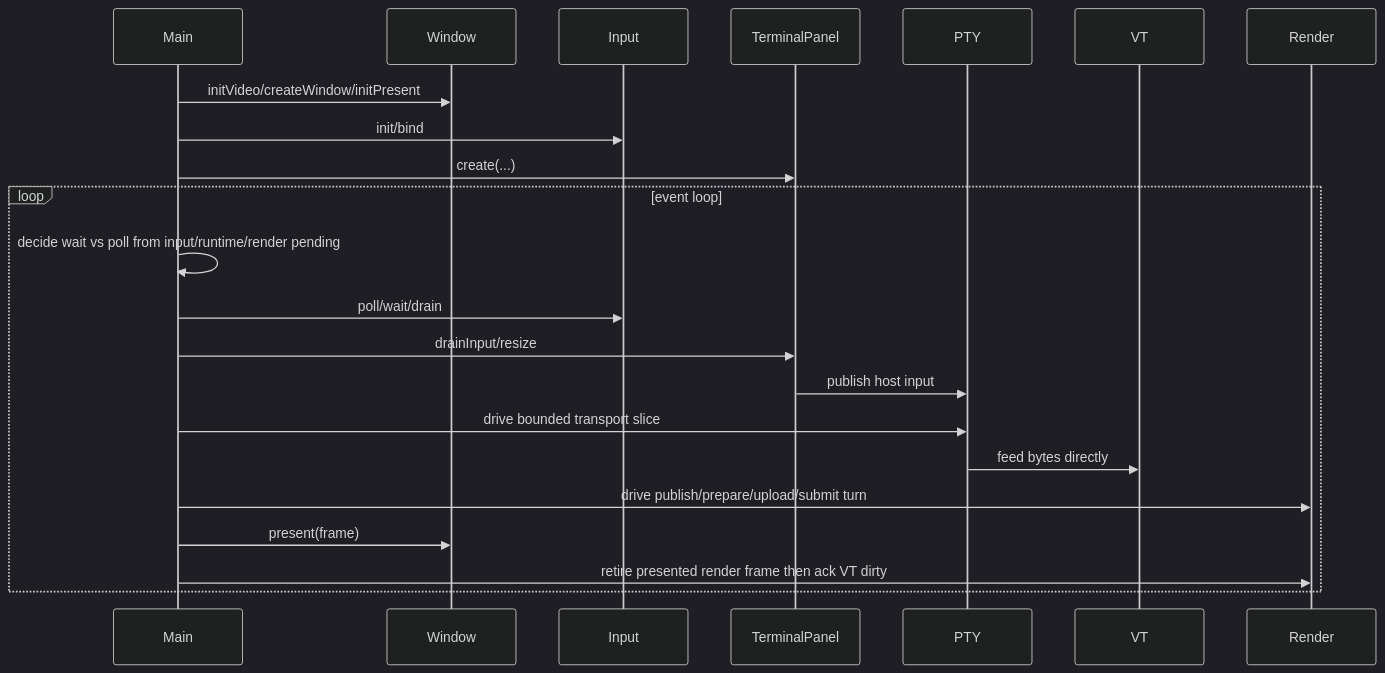
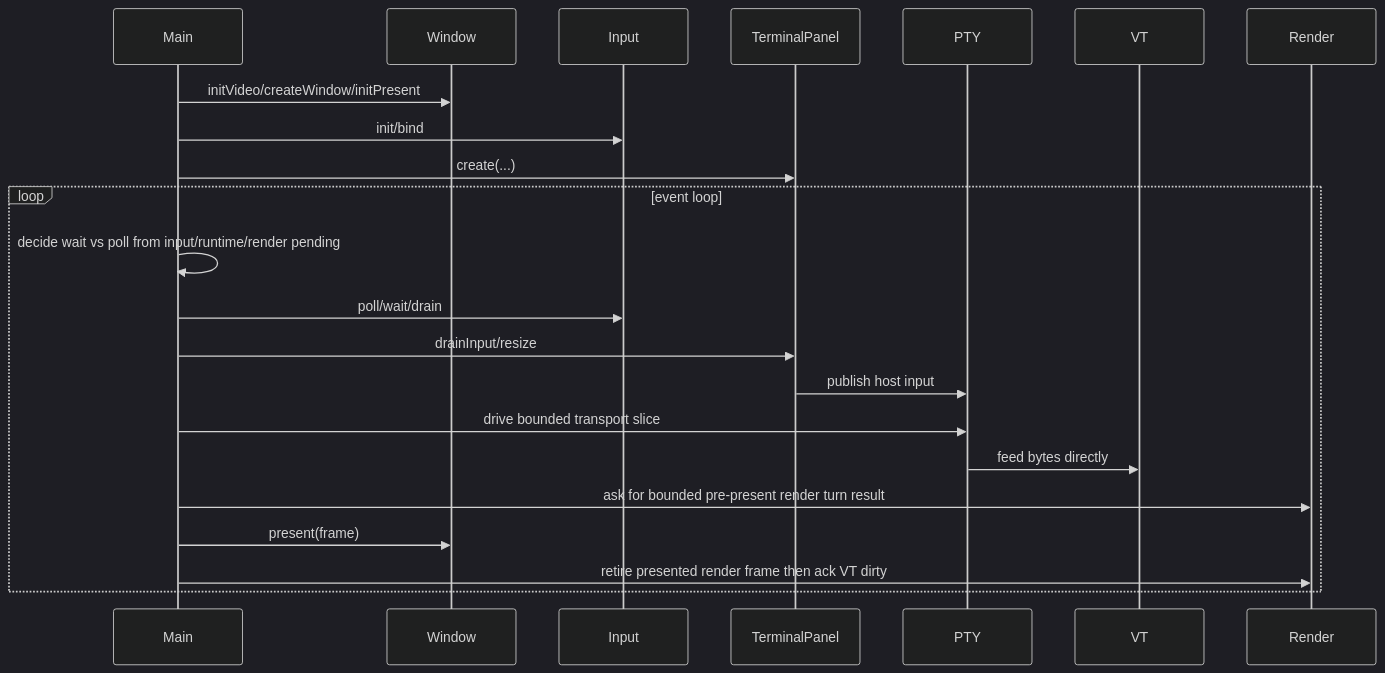
One commit to LaurenceGuws/howl-linux-host changed the third of 3 diagrams in design.md. Above: the diagram before and after it, drawn with Mermaid (dark theme). The commit also changed other lines of this file and 2 other files, not shown here.

Commit message:
host: let frame own render turn

````diff
--- a/design.md
+++ b/design.md
@@ -103,25 +104,25 @@
 ```mermaid
 sequenceDiagram
     participant Main
     participant W as Window
     participant I as Input
     participant T as TerminalPanel
     participant P as PTY
     participant V as VT
     participant R as Render
 
     Main->>W: initVideo/createWindow/initPresent
     Main->>I: init/bind
     Main->>T: create(...)
     loop event loop
         Main->>Main: decide wait vs poll from input/runtime/render pending
         Main->>I: poll/wait/drain
         Main->>T: drainInput/resize
         T->>P: publish host input
         Main->>P: drive bounded transport slice
         P->>V: feed bytes directly
-        Main->>R: drive publish/prepare/upload/submit turn
+    Main->>R: ask for bounded pre-present render turn result
         Main->>W: present(frame)
         Main->>R: retire presented render frame then ack VT dirty
     end
 ```
````
